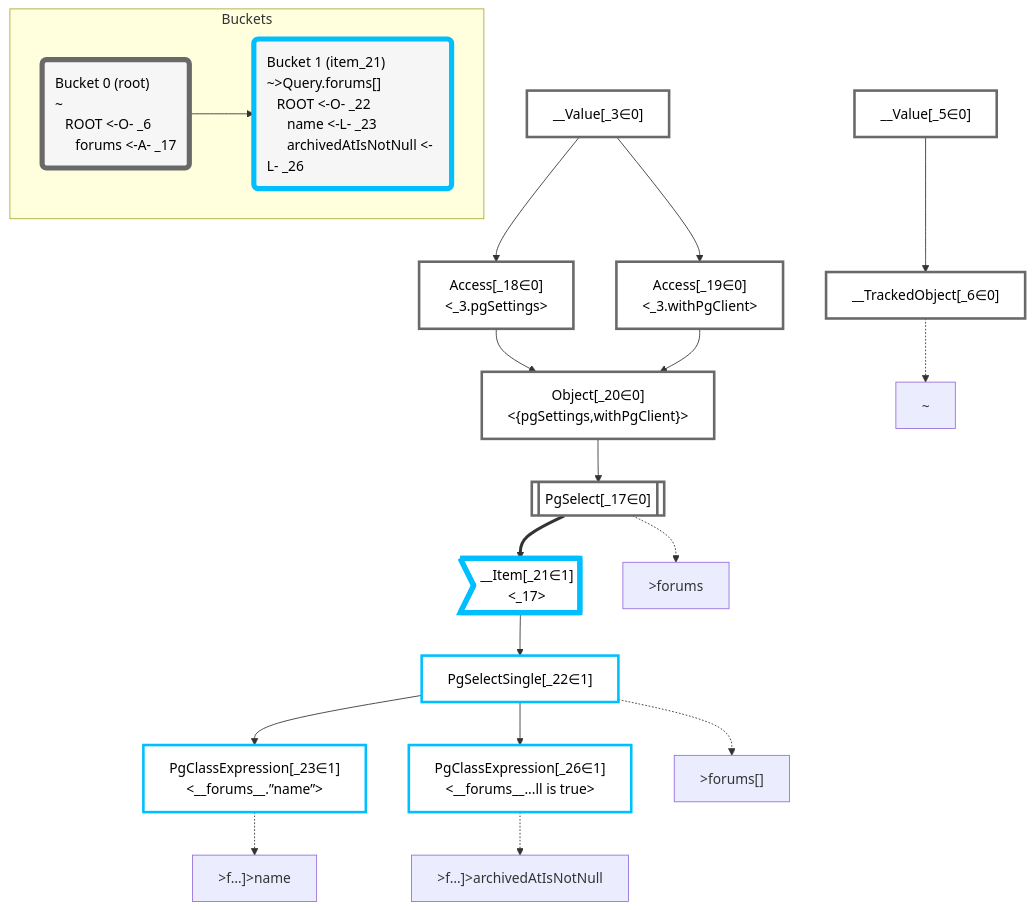
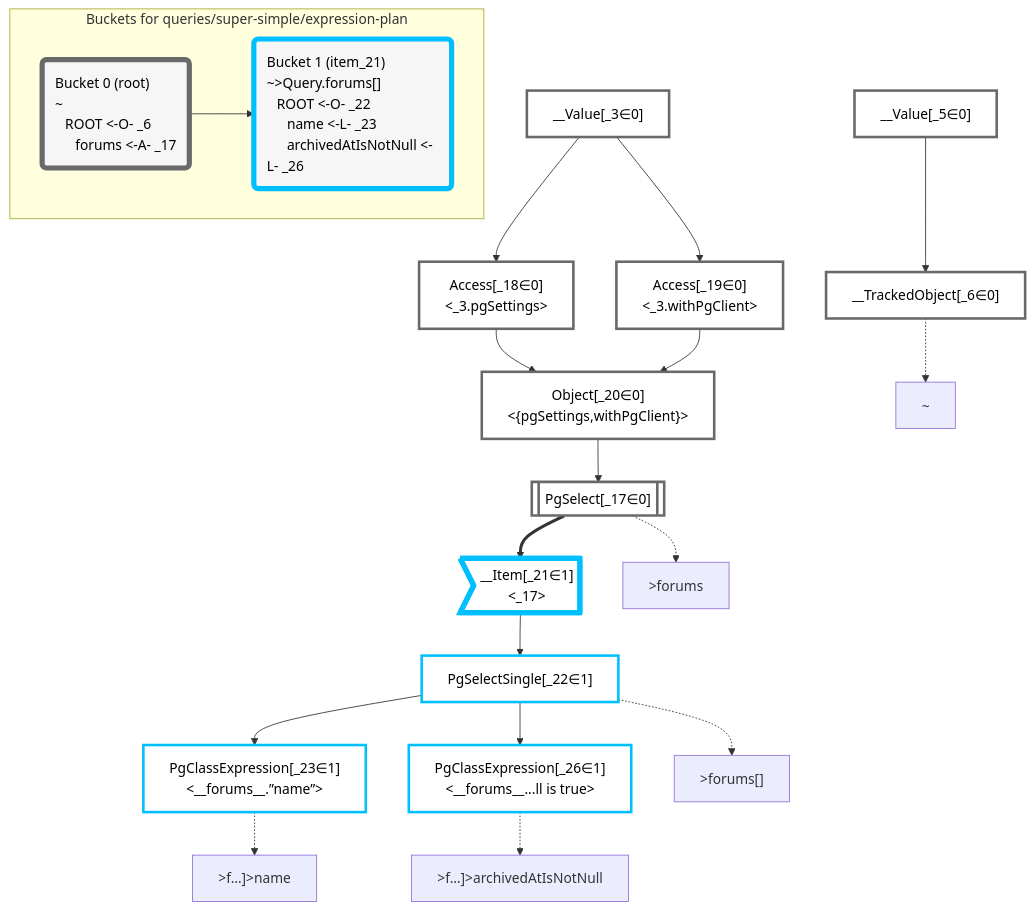
Before and after one commit to graphile/crystal: the diagram in packages/dataplan-pg/__tests__/queries/super-simple/expression-plan.mermaid.md, drawn with Mermaid. The commit also changed 195 other files, not shown here.

````diff
--- a/packages/dataplan-pg/__tests__/queries/super-simple/expression-plan.mermaid.md
+++ b/packages/dataplan-pg/__tests__/queries/super-simple/expression-plan.mermaid.md
@@ -1,60 +1,60 @@
 ```mermaid
 graph TD
     classDef path fill:#eee,stroke:#000,color:#000
     classDef plan fill:#fff,stroke-width:3px,color:#000
     classDef itemplan fill:#fff,stroke-width:6px,color:#000
     classDef sideeffectplan fill:#f00,stroke-width:6px,color:#000
     classDef bucket fill:#f6f6f6,color:#000,stroke-width:6px,text-align:left
 
 
     %% define plans
     __Value_3["__Value[_3∈0]<br /><context>"]:::plan
     __Value_5["__Value[_5∈0]<br /><rootValue>"]:::plan
     __TrackedObject_6["__TrackedObject[_6∈0]"]:::plan
     PgSelect_17[["PgSelect[_17∈0]<br /><forums>"]]:::plan
     Access_18["Access[_18∈0]<br /><_3.pgSettings>"]:::plan
     Access_19["Access[_19∈0]<br /><_3.withPgClient>"]:::plan
     Object_20["Object[_20∈0]<br /><{pgSettings,withPgClient}>"]:::plan
     __Item_21>"__Item[_21∈1]<br /><_17>"]:::itemplan
     PgSelectSingle_22["PgSelectSingle[_22∈1]<br /><forums>"]:::plan
     PgClassExpression_23["PgClassExpression[_23∈1]<br /><__forums__.”name”>"]:::plan
     PgClassExpression_26["PgClassExpression[_26∈1]<br /><__forums__...ll is true>"]:::plan
 
     %% plan dependencies
     __Value_5 --> __TrackedObject_6
     Object_20 --> PgSelect_17
     __Value_3 --> Access_18
     __Value_3 --> Access_19
     Access_18 --> Object_20
     Access_19 --> Object_20
     PgSelect_17 ==> __Item_21
     __Item_21 --> PgSelectSingle_22
     PgSelectSingle_22 --> PgClassExpression_23
     PgSelectSingle_22 --> PgClassExpression_26
 
     %% plan-to-path relationships
     P_6["~"]
     __TrackedObject_6 -.-> P_6
     P_17[">forums"]
     PgSelect_17 -.-> P_17
     P_22[">forums[]"]
     PgSelectSingle_22 -.-> P_22
     P_23[">f…]>name"]
     PgClassExpression_23 -.-> P_23
     P_26[">f…]>archivedAtIsNotNull"]
     PgClassExpression_26 -.-> P_26
 
     %% allocate buckets
     classDef bucket0 stroke:#696969
     class __Value_3,__Value_5,__TrackedObject_6,PgSelect_17,Access_18,Access_19,Object_20 bucket0
     classDef bucket1 stroke:#00bfff
     class __Item_21,PgSelectSingle_22,PgClassExpression_23,PgClassExpression_26 bucket1
 
-    subgraph Buckets
+    subgraph "Buckets for queries/super-simple/expression-plan"
     Bucket0("Bucket 0 (root)<br />~<br />⠀ROOT <-O- _6<br />⠀⠀forums <-A- _17"):::bucket
     style Bucket0 stroke:#696969
     Bucket1("Bucket 1 (item_21)<br />~>Query.forums[]<br />⠀ROOT <-O- _22<br />⠀⠀name <-L- _23<br />⠀⠀archivedAtIsNotNull <-L- _26"):::bucket
     style Bucket1 stroke:#00bfff
     Bucket0 --> Bucket1
     end
 ```
````
